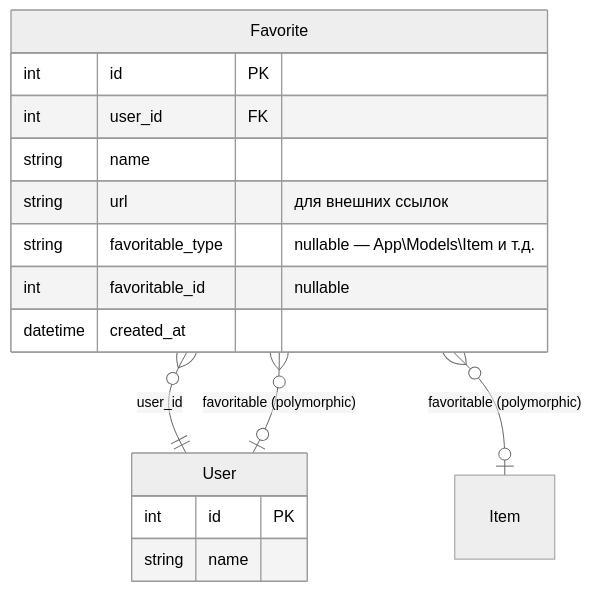
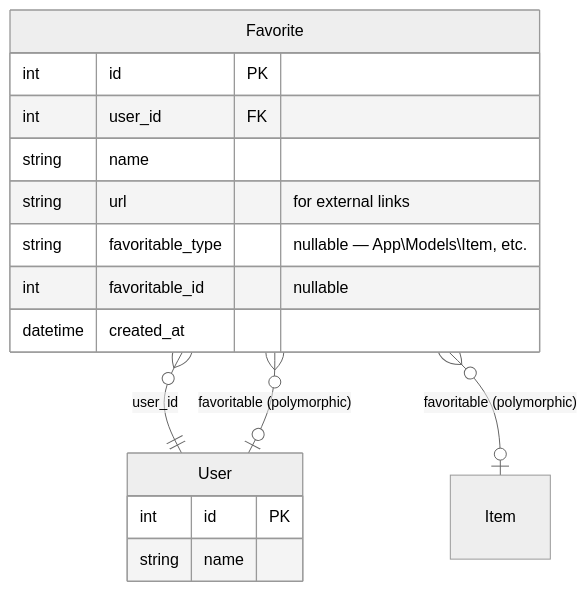
One commit to anatolii-iumashev/agiletracker changed the diagram in docs/rfc/2026-05-30-favorite-bookmarks.md. Above: the diagram before and after it, drawn with Mermaid (neutral theme). The commit also changed other lines of this file, not shown here.

````diff
--- a/docs/rfc/2026-05-30-favorite-bookmarks.md
+++ b/docs/rfc/2026-05-30-favorite-bookmarks.md
@@ -46,19 +46,19 @@
 ```mermaid
 erDiagram
     Favorite {
         int id PK
         int user_id FK
         string name
-        string url "для внешних ссылок"
-        string favoritable_type "nullable — App\\Models\\Item и т.д."
+        string url "for external links"
+        string favoritable_type "nullable — App\\Models\\Item, etc."
         int favoritable_id "nullable"
         datetime created_at
     }
     User {
         int id PK
         string name
     }
     Favorite }o--|| User : user_id
     Favorite }o--o| Item : "favoritable (polymorphic)"
     Favorite }o--o| User : "favoritable (polymorphic)"
 ```
````
